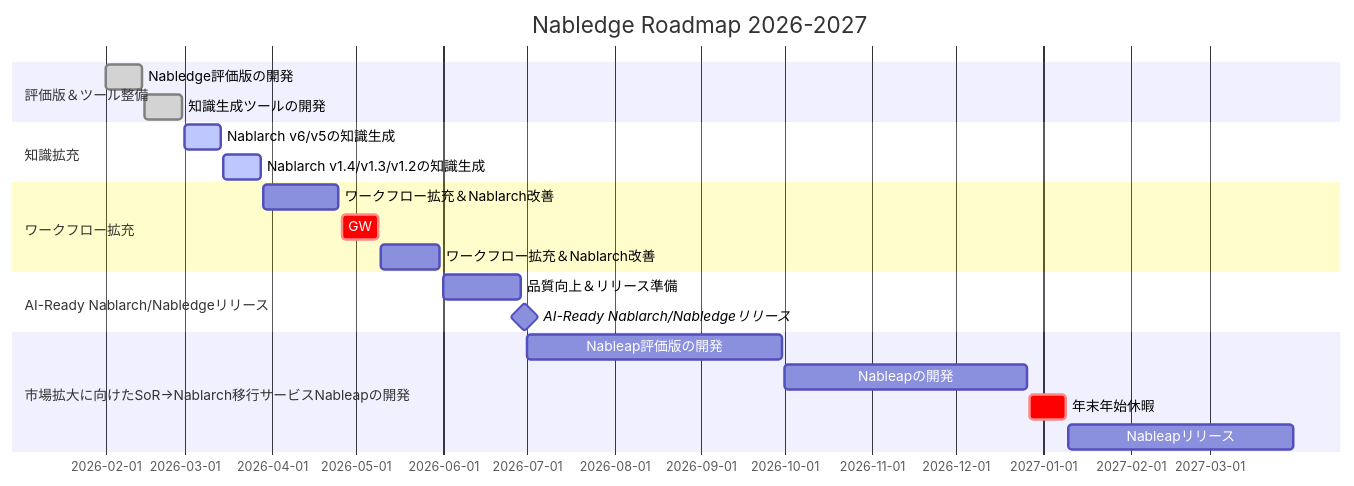
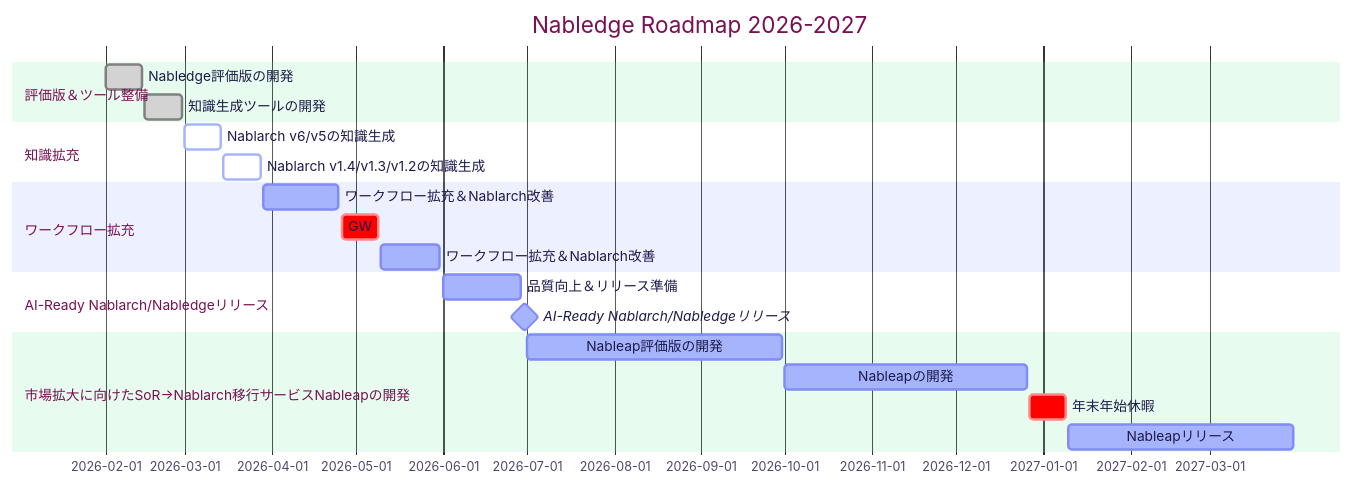
One commit to nablarch/nabledge-dev changed the diagram in doc/development-status.md. Above: the diagram before and after it, drawn with Mermaid.

Commit message:
Apply modern pastel color theme to roadmap
Add soft, modern pastel color scheme to gantt chart:
- Primary: Indigo pastel (#a5b4fc)
- Secondary: Amber (#fbbf24)
- Tertiary: Green pastel (#86efac)
- Modern system font with improved readability

Creates a gentle, contemporary look for the roadmap.

````diff
--- a/doc/development-status.md
+++ b/doc/development-status.md
@@ -19,28 +19,29 @@
 ```mermaid
+%%{init: {'theme':'base', 'themeVariables': { 'primaryColor':'#a5b4fc', 'primaryTextColor':'#1e1b4b', 'primaryBorderColor':'#818cf8', 'lineColor':'#e0e7ff', 'secondaryColor':'#fbbf24', 'tertiaryColor':'#86efac', 'background':'#ffffff', 'mainBkg':'#a5b4fc', 'secondBkg':'#fbbf24', 'lineColor':'#cbd5e1', 'border1':'#818cf8', 'border2':'#f59e0b', 'arrowheadColor':'#64748b', 'fontFamily':'system-ui', 'fontSize':'14px'}}}%%
 gantt
     title Nabledge Roadmap 2026-2027
     dateFormat YYYY-MM-DD
 
     section 評価版＆ツール整備
     Nabledge評価版の開発             :done, 2026-02-01, 2026-02-14
     知識生成ツールの開発             :done, 2026-02-15, 2026-02-28
 
     section 知識拡充
     Nablarch v6/v5の知識生成        :active, 2026-03-01, 2026-03-14
     Nablarch v1.4/v1.3/v1.2の知識生成 :active, 2026-03-15, 2026-03-28
 
     section ワークフロー拡充
     ワークフロー拡充＆Nablarch改善    :2026-03-29, 2026-04-25
     GW                             :crit, 2026-04-26, 2026-05-09
     ワークフロー拡充＆Nablarch改善    :2026-05-10, 2026-05-31
 
     section AI-Ready Nablarch/Nabledgeリリース
     品質向上＆リリース準備                        :2026-06-01, 2026-06-29
     AI-Ready Nablarch/Nabledgeリリース          :milestone, 2026-06-30, 0d
 
     section 市場拡大に向けたSoR→Nablarch移行サービスNableapの開発
     Nableap評価版の開発             :2026-07-01, 2026-09-30
     Nableapの開発                  :2026-10-01, 2026-12-26
     年末年始休暇                    :crit, 2026-12-27, 2027-01-09
     Nableapリリース                :2027-01-10, 2027-03-31
 ```
````
